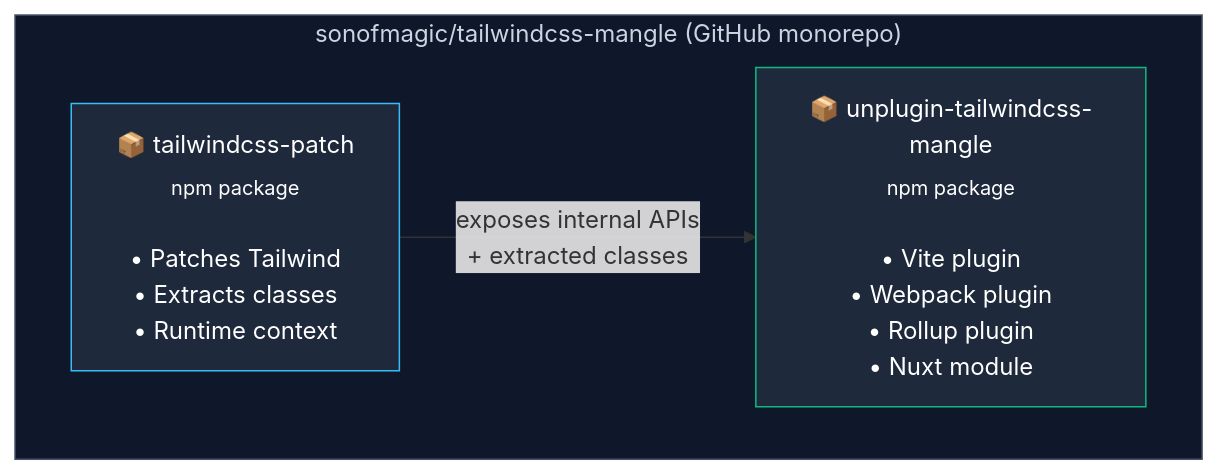
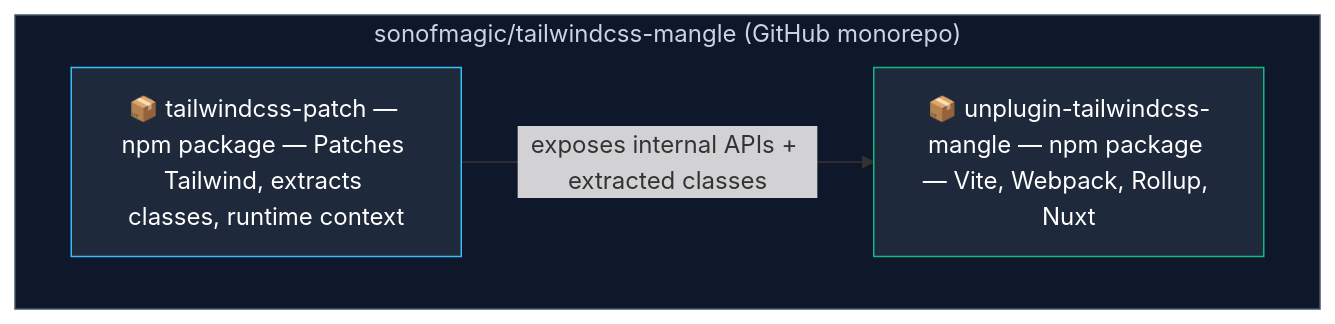
Before and after one commit to josedacosta/tailwindcss-obfuscator: the first of 2 diagrams in docs/research/ecosystem.md, drawn with Mermaid. The commit also changed other lines of this file and 1 other file, not shown here.

First line of the commit message:
fix(docs): mermaid v11 syntax error in ecosystem page (#125)

````diff
--- a/docs/research/ecosystem.md
+++ b/docs/research/ecosystem.md
@@ -9,13 +9,13 @@
 ```mermaid
 flowchart LR
-  subgraph monorepo[" sonofmagic/tailwindcss-mangle (GitHub monorepo) "]
+  subgraph monorepo["sonofmagic/tailwindcss-mangle (GitHub monorepo)"]
     direction LR
-    patch["📦 tailwindcss-patch<br/><sub>npm package</sub><br/><br/>• Patches Tailwind<br/>• Extracts classes<br/>• Runtime context"]
-    plugin["📦 unplugin-tailwindcss-mangle<br/><sub>npm package</sub><br/><br/>• Vite plugin<br/>• Webpack plugin<br/>• Rollup plugin<br/>• Nuxt module"]
-    patch -->|"exposes internal APIs<br/>+ extracted classes"| plugin
+    patch["📦 tailwindcss-patch — npm package — Patches Tailwind, extracts classes, runtime context"]
+    plugin["📦 unplugin-tailwindcss-mangle — npm package — Vite, Webpack, Rollup, Nuxt"]
+    patch -->|exposes internal APIs + extracted classes| plugin
   end
 
   style patch fill:#1e293b,stroke:#38bdf8,color:#fff
   style plugin fill:#1e293b,stroke:#10b981,color:#fff
   style monorepo fill:#0f172a,stroke:#475569,color:#cbd5e1
 ```
````
